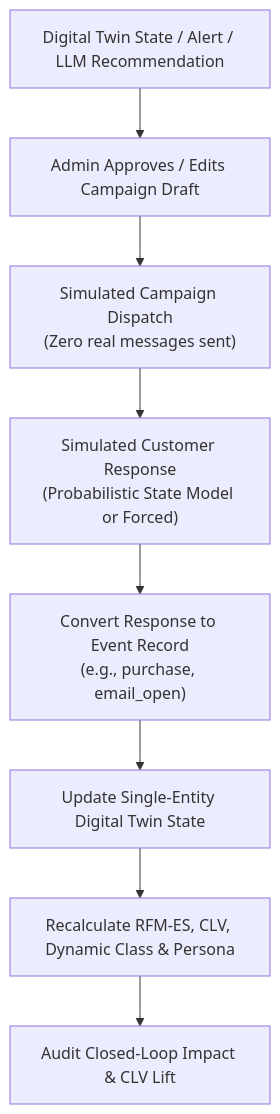
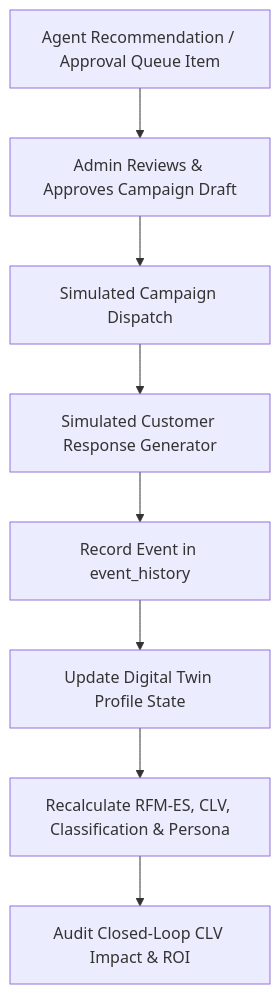
One commit to ZAKARIAE48CHELLE/Digital-Twin-Client-Classification changed the diagram in campaigns/README.md. Above: the diagram before and after it, drawn with Mermaid. The commit also changed other lines of this file and 27 other files, not shown here.

Commit message:
docs: update comprehensive OSMOS documentation package to reflect Phases 1-8.7 system architecture

````diff
--- a/campaigns/README.md
+++ b/campaigns/README.md
@@ -16,10 +12,10 @@
 ```mermaid
 flowchart TD
-    A["Digital Twin State / Alert / LLM Recommendation"] --> B["Admin Approves / Edits Campaign Draft"]
-    B --> C["Simulated Campaign Dispatch<br/>(Zero real messages sent)"]
-    C --> D["Simulated Customer Response<br/>(Probabilistic State Model or Forced)"]
-    D --> E["Convert Response to Event Record<br/>(e.g., purchase, email_open)"]
-    E --> F["Update Single-Entity Digital Twin State"]
-    F --> G["Recalculate RFM-ES, CLV, Dynamic Class & Persona"]
-    G --> H["Audit Closed-Loop Impact & CLV Lift"]
+    A[Agent Recommendation / Approval Queue Item] --> B[Admin Reviews & Approves Campaign Draft]
+    B --> C[Simulated Campaign Dispatch]
+    C --> D[Simulated Customer Response Generator]
+    D --> E[Record Event in event_history]
+    E --> F[Update Digital Twin Profile State]
+    F --> G[Recalculate RFM-ES, CLV, Classification & Persona]
+    G --> H[Audit Closed-Loop CLV Impact & ROI]
 ```
````
